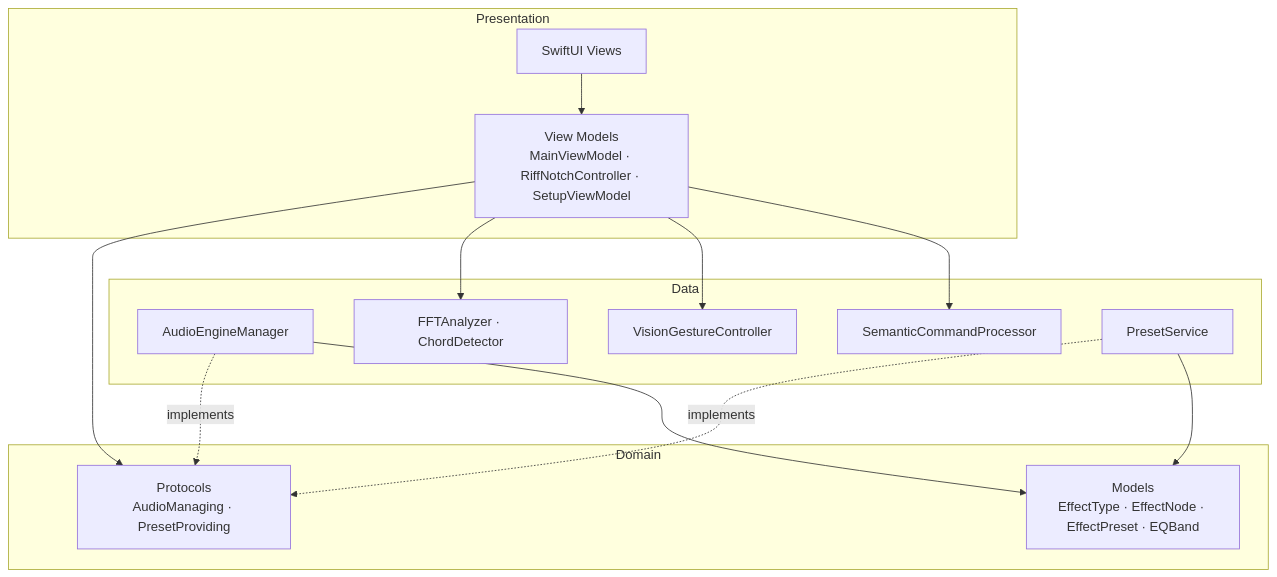
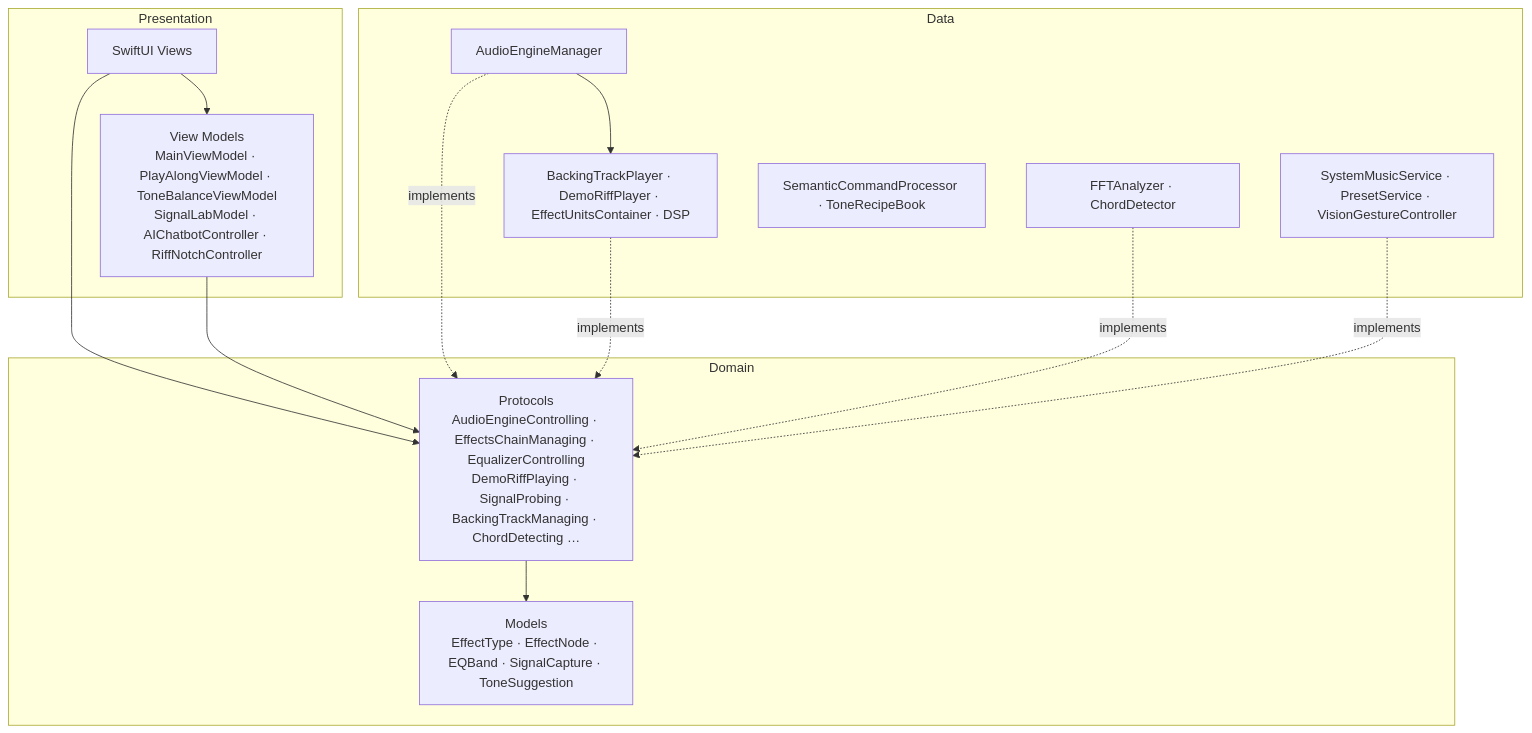
Before and after one commit to RiffNode/riffnode-wwdc2026: the diagram in README.md, drawn with Mermaid. The commit also changed other lines of this file and 51 other files, not shown here.

First line of the commit message:
Clean Architecture: capability protocols, UI-free Domain, split engine

````diff
--- a/README.md
+++ b/README.md
@@ -166,30 +166,30 @@
 ```mermaid
 graph TD
     subgraph Presentation
         V[SwiftUI Views]
-        VM[View Models<br/>MainViewModel · RiffNotchController · SetupViewModel]
+        VM[View Models<br/>MainViewModel · PlayAlongViewModel · ToneBalanceViewModel<br/>SignalLabModel · AIChatbotController · RiffNotchController]
     end
 
     subgraph Domain
-        M[Models<br/>EffectType · EffectNode · EffectPreset · EQBand]
-        P[Protocols<br/>AudioManaging · PresetProviding]
+        M[Models<br/>EffectType · EffectNode · EQBand · SignalCapture · ToneSuggestion]
+        P[Protocols<br/>AudioEngineControlling · EffectsChainManaging · EqualizerControlling<br/>DemoRiffPlaying · SignalProbing · BackingTrackManaging · ChordDetecting …]
     end
 
     subgraph Data
         AE[AudioEngineManager]
+        BT[BackingTrackPlayer · DemoRiffPlayer · EffectUnitsContainer · DSP]
         AN[FFTAnalyzer · ChordDetector]
-        VS[VisionGestureController]
-        AI[SemanticCommandProcessor]
-        PS[PresetService]
+        AI[SemanticCommandProcessor · ToneRecipeBook]
+        SV[SystemMusicService · PresetService · VisionGestureController]
     end
 
     V --> VM
+    V --> P
     VM --> P
-    VM --> AN
-    VM --> VS
-    VM --> AI
     AE -.implements.-> P
-    PS -.implements.-> P
-    AE --> M
-    PS --> M
+    BT -.implements.-> P
+    AN -.implements.-> P
+    SV -.implements.-> P
+    AE --> BT
+    P --> M
 ```
````
